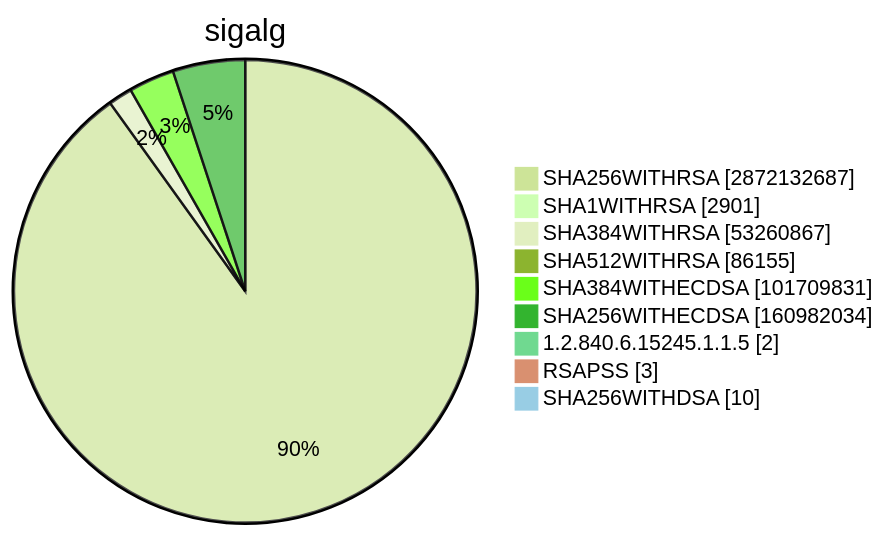
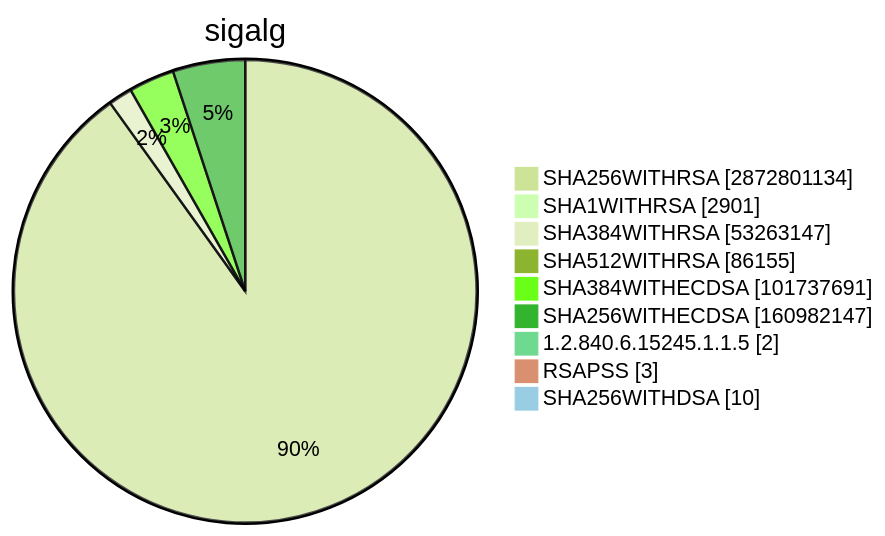
Diagram 15 of 15 in TOTAL/README.md (christiankrug/ctmonitor_visualization), drawn with Mermaid (forest theme) before and after one commit. The commit also changed other lines of this file, not shown here.

````diff
--- a/TOTAL/README.md
+++ b/TOTAL/README.md
@@ -6207,13 +6207,13 @@
 ```mermaid
 pie showData
 title sigalg
-"SHA256WITHRSA" :2872132687
+"SHA256WITHRSA" :2872801134
 "SHA1WITHRSA" :2901
-"SHA384WITHRSA" :53260867
+"SHA384WITHRSA" :53263147
 "SHA512WITHRSA" :86155
-"SHA384WITHECDSA" :101709831
-"SHA256WITHECDSA" :160982034
+"SHA384WITHECDSA" :101737691
+"SHA256WITHECDSA" :160982147
 "1.2.840.6.15245.1.1.5" :2
 "RSAPSS" :3
 "SHA256WITHDSA" :10
 ```
````
